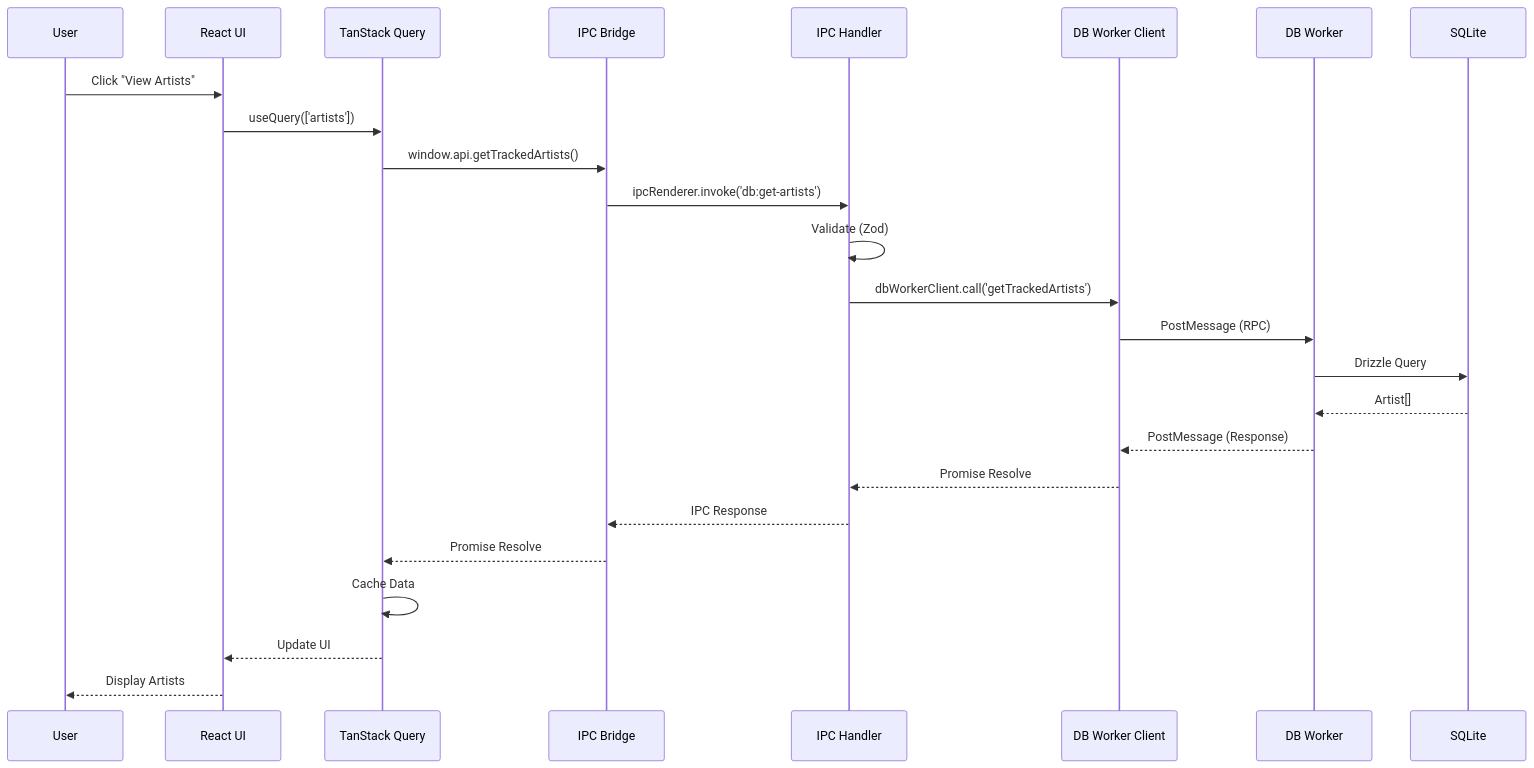
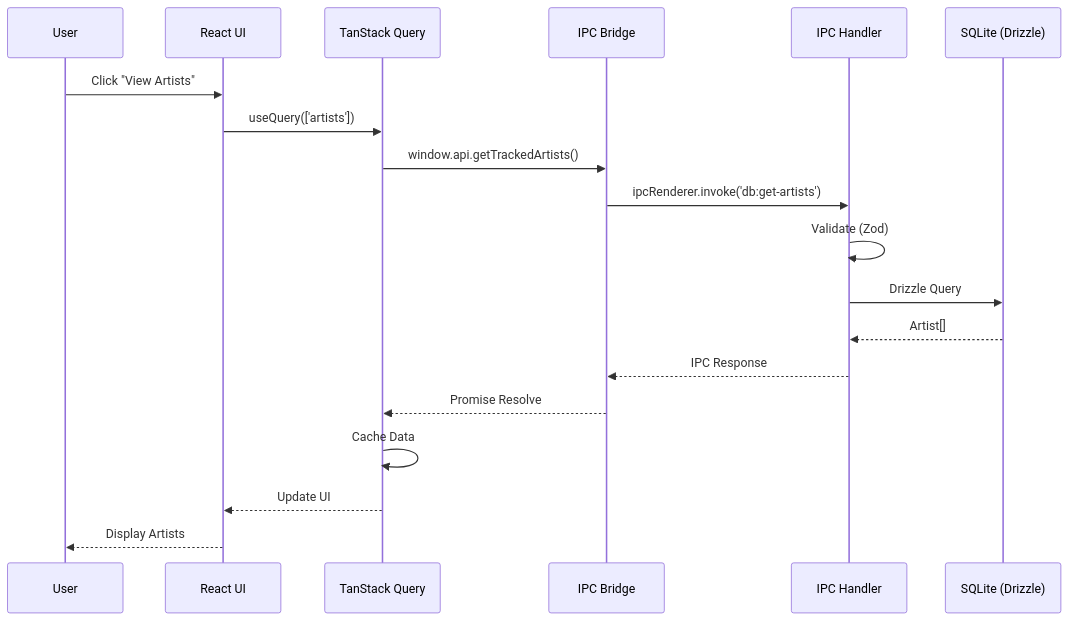
One commit to KazeKaze93/RuleDesk changed the seventh of 11 diagrams in docs/architecture.md. Above: the diagram before and after it, drawn with Mermaid. The commit also changed other lines of this file and 5 other files, not shown here.

First line of the commit message:
chore: update documentation and architecture for database access changes

````diff
--- a/docs/architecture.md
+++ b/docs/architecture.md
@@ -465,28 +433,22 @@
 ```mermaid
 sequenceDiagram
     participant User
     participant ReactUI as React UI
     participant ReactQuery as TanStack Query
     participant Bridge as IPC Bridge
     participant IPC as IPC Handler
-    participant Client as DB Worker Client
-    participant Worker as DB Worker
-    participant DB as SQLite
+    participant DB as SQLite (Drizzle)
 
     User->>ReactUI: Click "View Artists"
     ReactUI->>ReactQuery: useQuery(['artists'])
     ReactQuery->>Bridge: window.api.getTrackedArtists()
     Bridge->>IPC: ipcRenderer.invoke('db:get-artists')
     IPC->>IPC: Validate (Zod)
-    IPC->>Client: dbWorkerClient.call('getTrackedArtists')
-    Client->>Worker: PostMessage (RPC)
-    Worker->>DB: Drizzle Query
-    DB-->>Worker: Artist[]
-    Worker-->>Client: PostMessage (Response)
-    Client-->>IPC: Promise Resolve
+    IPC->>DB: Drizzle Query
+    DB-->>IPC: Artist[]
     IPC-->>Bridge: IPC Response
     Bridge-->>ReactQuery: Promise Resolve
     ReactQuery->>ReactQuery: Cache Data
     ReactQuery-->>ReactUI: Update UI
     ReactUI-->>User: Display Artists
 ```
````
